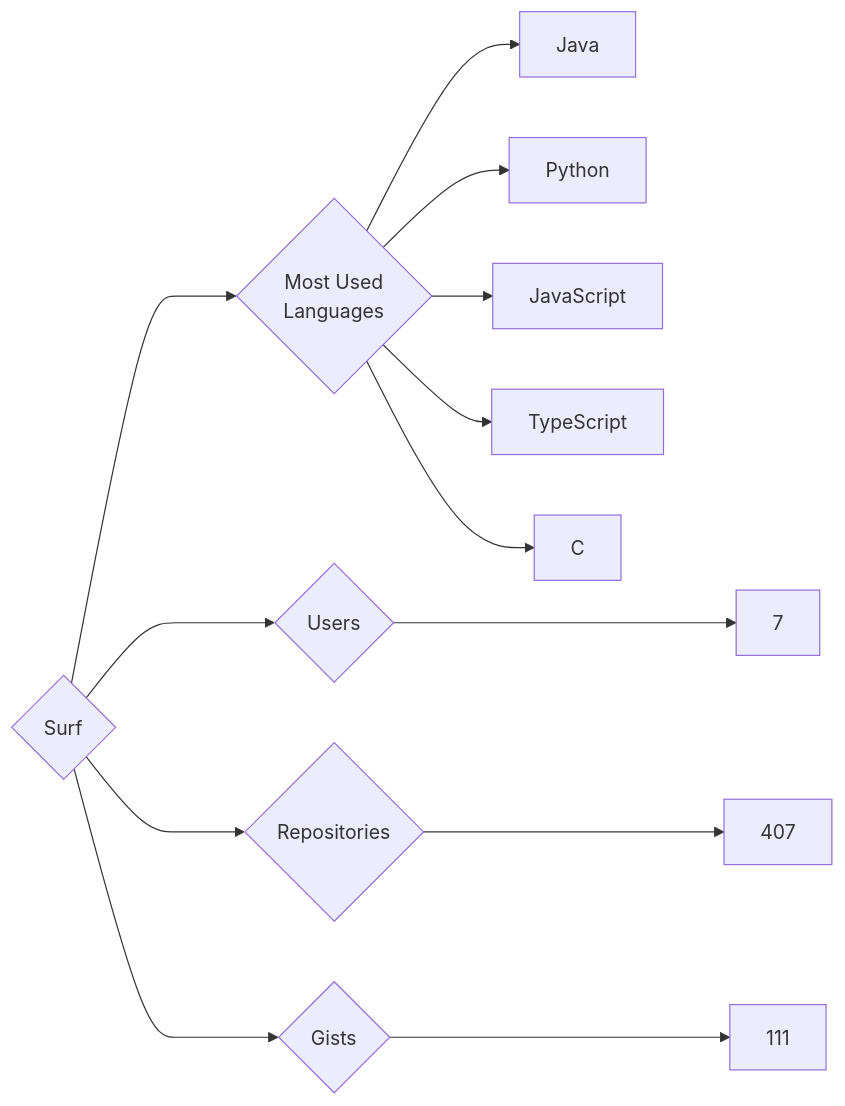
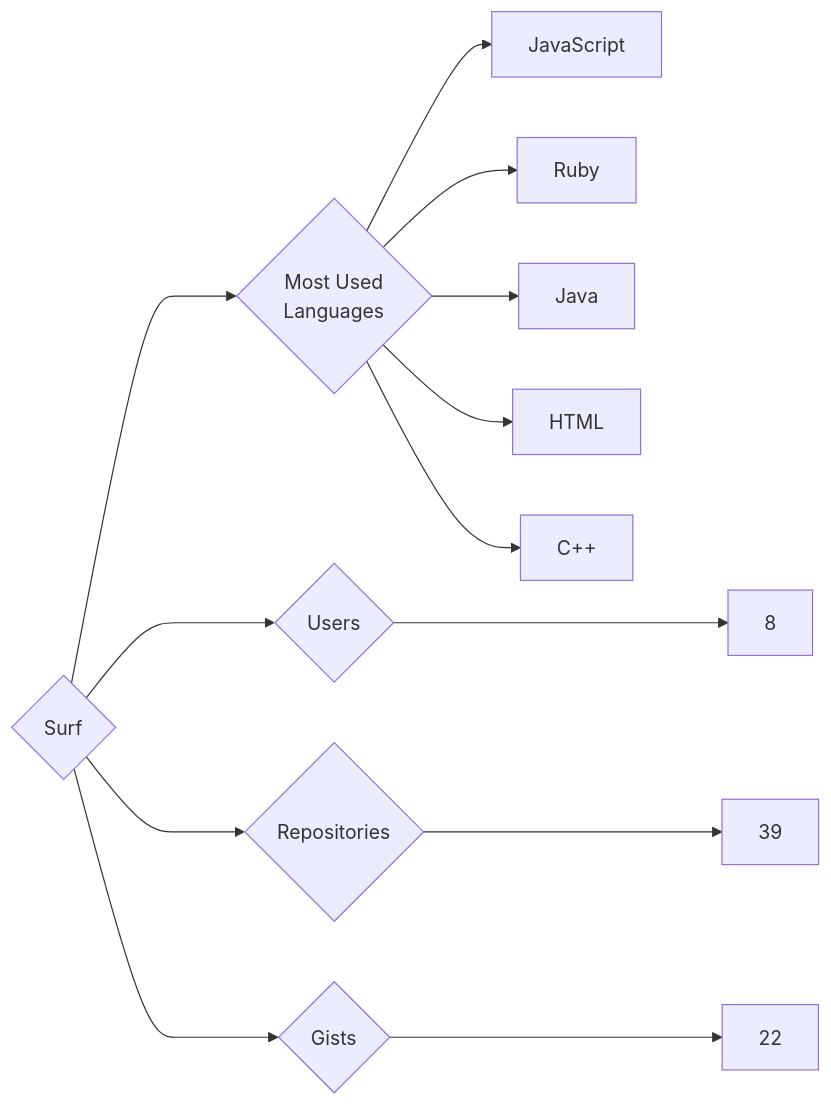
The diagram in targets/Surf/README.md (trickest/insiders), drawn with Mermaid before and after one commit. The commit also changed 973 other files, not shown here.

````diff
--- a/targets/Surf/README.md
+++ b/targets/Surf/README.md
@@ -3,13 +3,13 @@
 ```mermaid
 graph LR
 COMPANY_NAME{Surf}
-COMPANY_NAME ---> U{Users} ---> UN[7]
-COMPANY_NAME ---> R{Repositories} ---> RN[407]
-COMPANY_NAME ---> G{Gists} ---> GN[111]
+COMPANY_NAME ---> U{Users} ---> UN[8]
+COMPANY_NAME ---> R{Repositories} ---> RN[39]
+COMPANY_NAME ---> G{Gists} ---> GN[22]
 COMPANY_NAME ---> ML{Most Used<br>Languages}
+ML --> JavaScript[JavaScript]
+ML --> Ruby[Ruby]
 ML --> Java[Java]
-ML --> Python[Python]
-ML --> JavaScript[JavaScript]
-ML --> TypeScript[TypeScript]
-ML --> C[C]
+ML --> HTML[HTML]
+ML --> C++[C++]
 ```
````
